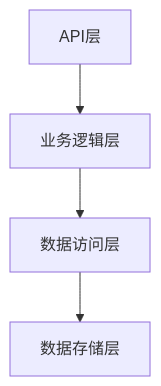
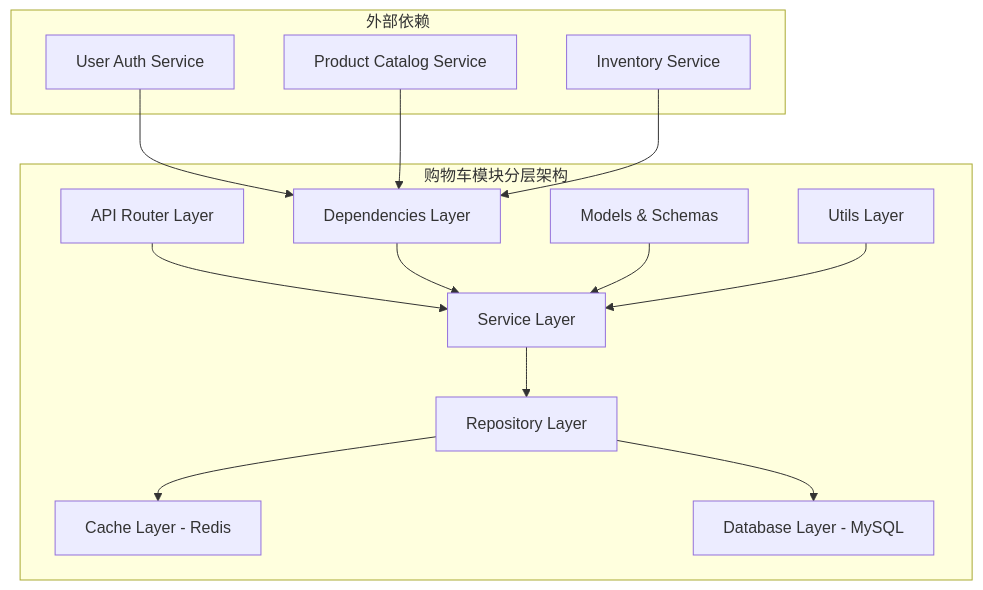
Before and after one commit to HaoranTong/ecommerce_platform: the first of 3 diagrams in docs/modules/shopping-cart/design.md, drawn with Mermaid. The commit also changed other lines of this file and 10 other files, not shown here.

````diff
--- a/docs/modules/shopping-cart/design.md
+++ b/docs/modules/shopping-cart/design.md
@@ -36,6 +38,19 @@
 ```mermaid
 graph TB
-    A[API层] --> B[业务逻辑层]
-    B --> C[数据访问层]
-    C --> D[数据存储层]
+    subgraph "购物车模块分层架构"
+        A[API Router Layer] --> B[Service Layer]
+        B --> C[Repository Layer] 
+        C --> D[Cache Layer - Redis]
+        C --> E[Database Layer - MySQL]
+        
+        F[Dependencies Layer] --> B
+        G[Models & Schemas] --> B
+        H[Utils Layer] --> B
+    end
+    
+    subgraph "外部依赖"
+        I[User Auth Service] --> F
+        J[Product Catalog Service] --> F
+        K[Inventory Service] --> F
+    end
 ```
````
